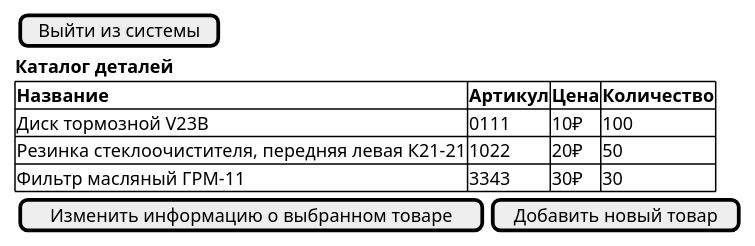
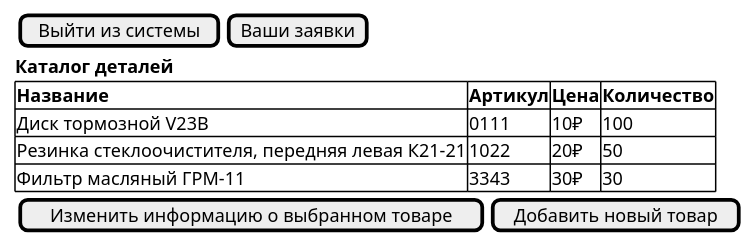
Before and after one commit to BombasticFantastik/PIS_Course_work: the diagram in uml-диаграммы/Поставщик/Просмотр_доступных_товаров.puml, drawn with PlantUML. The commit also changed 4 other files, not shown here.

```diff
--- a/uml-диаграммы/Поставщик/Просмотр_доступных_товаров.puml
+++ b/uml-диаграммы/Поставщик/Просмотр_доступных_товаров.puml
@@ -1,17 +1,17 @@
 @startsalt Список товаров
 {
     {
-        [Выйти из системы]|
+        [Выйти из системы]|[Ваши заявки]
     }
     <b>Каталог деталей
     {# | <b>Название | <b>Артикул| <b>Цена| <b>Количество
     | Диск тормозной V23B  | 0111  | 10₽ | 100 
     |  Резинка стеклоочистителя, передняя левая К21-21 | 1022 | 20₽ | 50  
     | Фильтр масляный ГРМ-11 | 3343 | 30₽ | 30
     }
     {
         [Изменить информацию о выбранном товаре]|[Добавить новый товар]
     }
     
 }
 @endsalt
```
